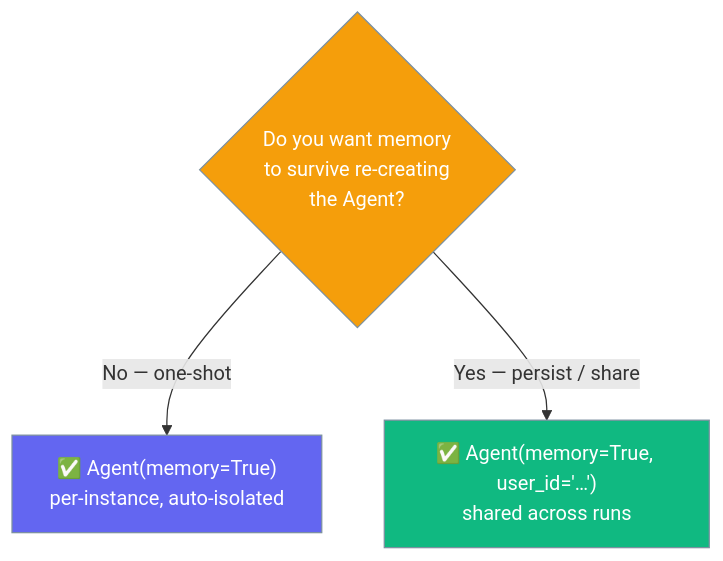
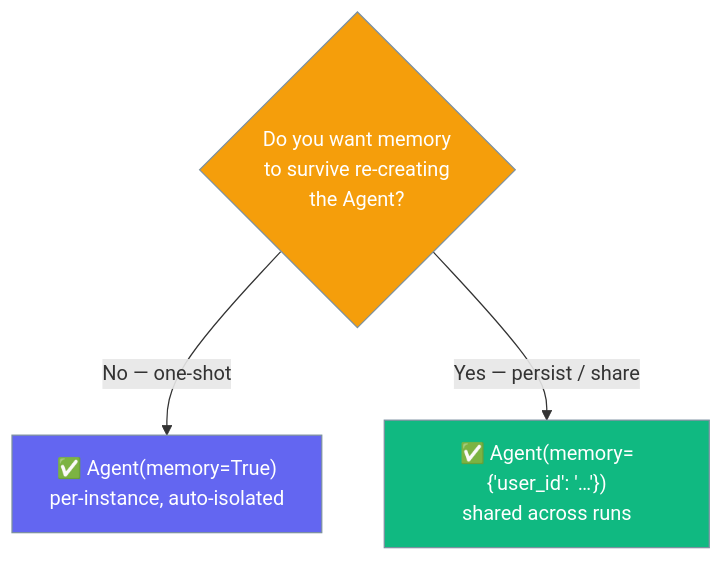
One commit to MervinPraison/PraisonAIDocs changed the seventh of 7 diagrams in docs/features/memory.mdx. Above: the diagram before and after it, drawn with Mermaid. The commit also changed 7 other files, not shown here.

First line of the commit message:
docs: fix TypeError-raising Agent kwargs across features/guides (fixes #2901)

````diff
--- a/docs/features/memory.mdx
+++ b/docs/features/memory.mdx
@@ -368,12 +368,12 @@
 ```mermaid
 graph TB
     Q{Do you want memory<br/>to survive re-creating<br/>the Agent?} -->|No — one-shot| Iso["✅ Agent(memory=True)<br/>per-instance, auto-isolated"]
-    Q -->|Yes — persist / share| Named["✅ Agent(memory=True, user_id='…')<br/>shared across runs"]
+    Q -->|Yes — persist / share| Named["✅ Agent(memory={'user_id': '…'})<br/>shared across runs"]
 
     classDef q fill:#F59E0B,stroke:#7C90A0,color:#fff
     classDef iso fill:#6366F1,stroke:#7C90A0,color:#fff
     classDef named fill:#10B981,stroke:#7C90A0,color:#fff
     class Q q
     class Iso iso
     class Named named
 ```
````
